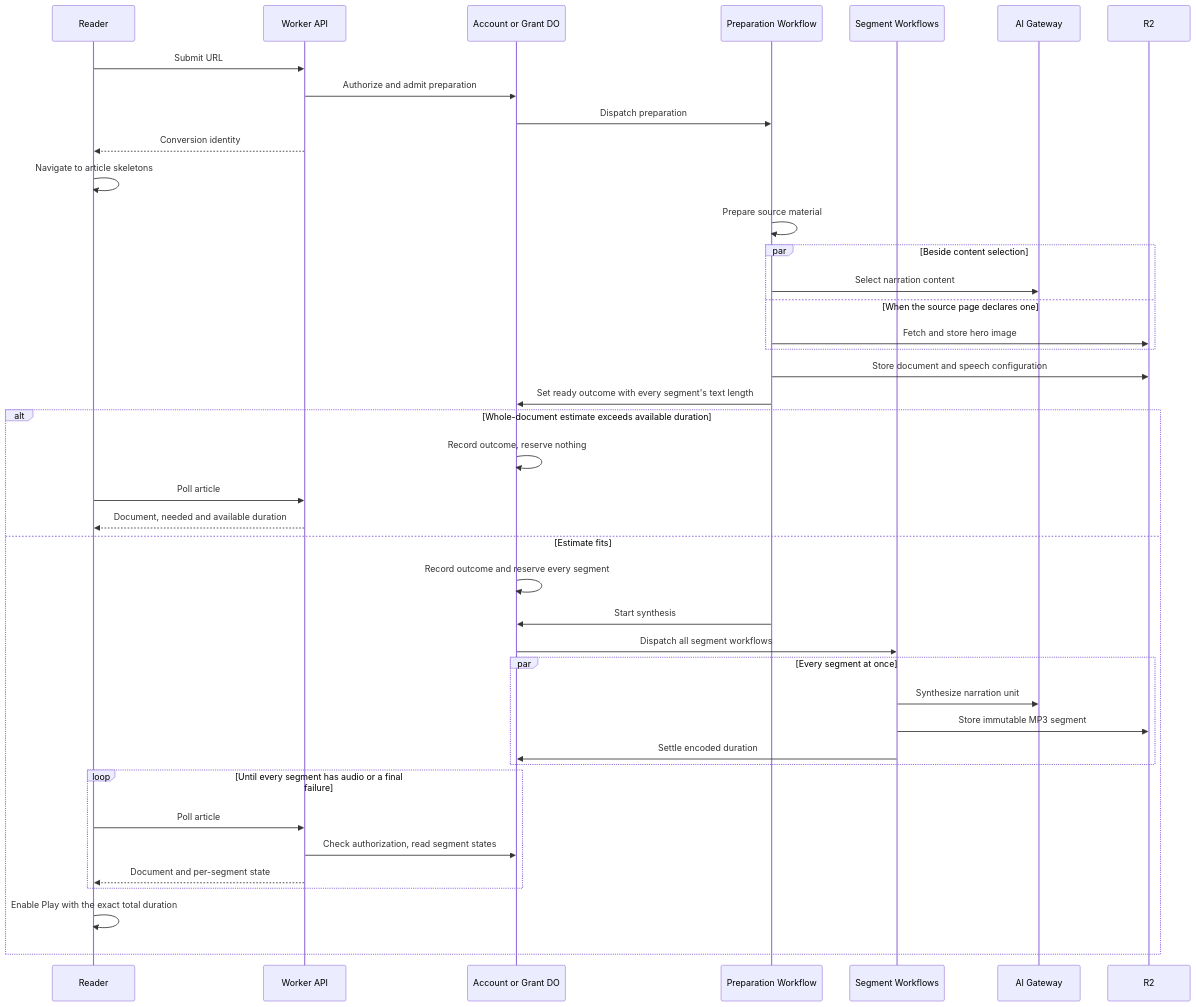
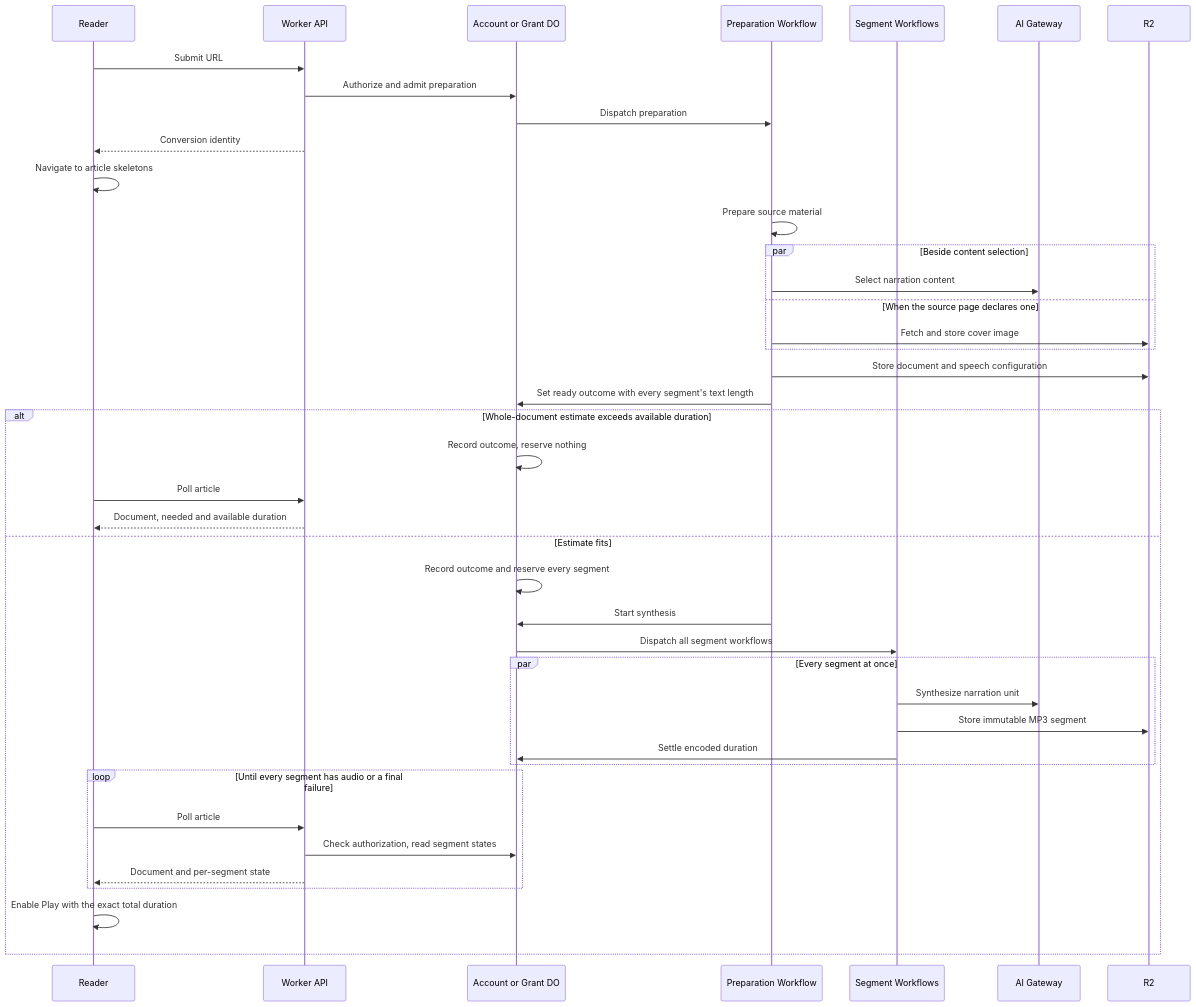
Before and after one commit to patricktree/cup: the diagram in docs/architecture/conversion.md, drawn with Mermaid. The commit also changed other lines of this file and 40 other files, not shown here.

First line of the commit message:
refactor(conversion)!: rename hero image to cover image

````diff
--- a/docs/architecture/conversion.md
+++ b/docs/architecture/conversion.md
@@ -9,43 +9,43 @@
 ```mermaid
 sequenceDiagram
     participant Client as Reader
     participant API as Worker API
     participant Owner as Account or Grant DO
     participant Preparation as Preparation Workflow
     participant Segment as Segment Workflows
     participant AI as AI Gateway
     participant R2
     Client->>API: Submit URL
     API->>Owner: Authorize and admit preparation
     Owner->>Preparation: Dispatch preparation
     API-->>Client: Conversion identity
     Client->>Client: Navigate to article skeletons
     Preparation->>Preparation: Prepare source material
     par Beside content selection
         Preparation->>AI: Select narration content
     and When the source page declares one
-        Preparation->>R2: Fetch and store hero image
+        Preparation->>R2: Fetch and store cover image
     end
     Preparation->>R2: Store document and speech configuration
     Preparation->>Owner: Set ready outcome with every segment's text length
     alt Whole-document estimate exceeds available duration
         Owner->>Owner: Record outcome, reserve nothing
         Client->>API: Poll article
         API-->>Client: Document, needed and available duration
     else Estimate fits
         Owner->>Owner: Record outcome and reserve every segment
         Preparation->>Owner: Start synthesis
         Owner->>Segment: Dispatch all segment workflows
         par Every segment at once
             Segment->>AI: Synthesize narration unit
             Segment->>R2: Store immutable MP3 segment
             Segment->>Owner: Settle encoded duration
         end
         loop Until every segment has audio or a final failure
             Client->>API: Poll article
             API->>Owner: Check authorization, read segment states
             API-->>Client: Document and per-segment state
         end
         Client->>Client: Enable Play with the exact total duration
     end
 ```
````
